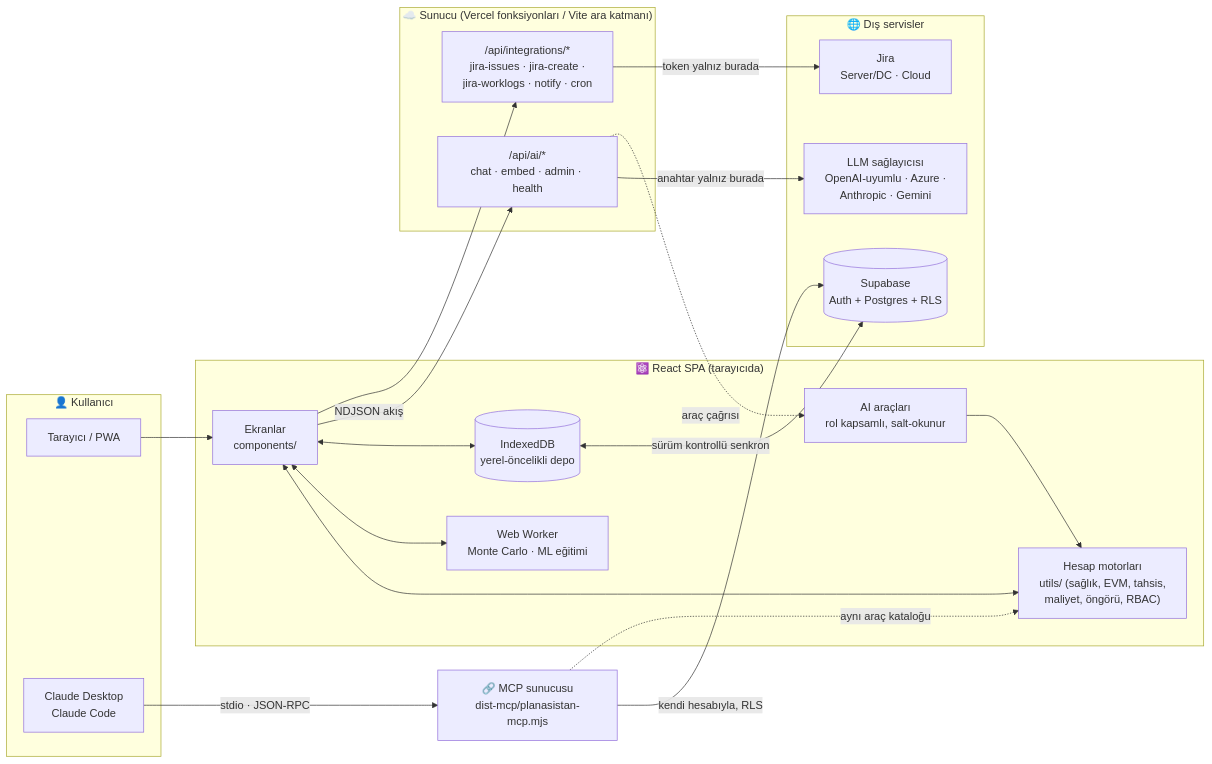
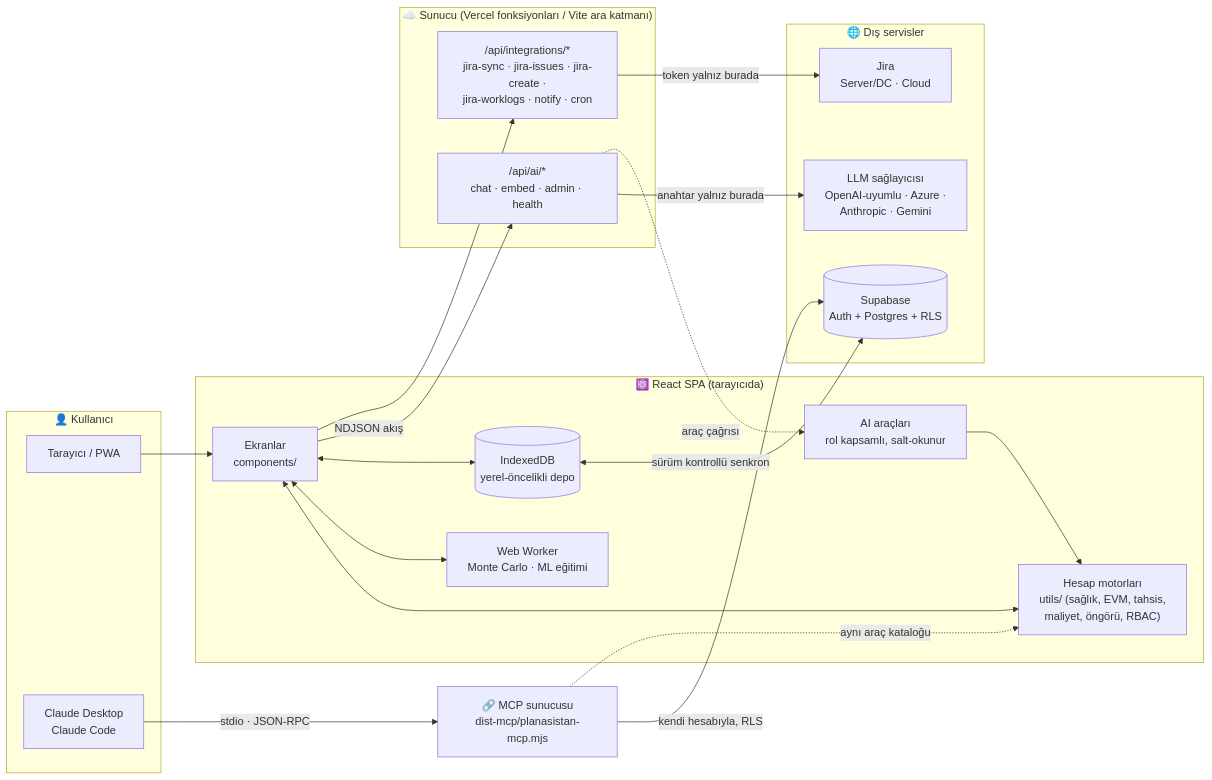
Before and after one commit to kaannsckin/pmasistance_mks: the third of 13 diagrams in README.md, drawn with Mermaid. The commit also changed other lines of this file and 15 other files, not shown here.

````diff
--- a/README.md
+++ b/README.md
@@ -151,43 +151,43 @@
 ```mermaid
 flowchart LR
     subgraph USER["👤 Kullanıcı"]
         BR["Tarayıcı / PWA"]
         CL["Claude Desktop<br/>Claude Code"]
     end
 
     subgraph SPA["⚛️ React SPA (tarayıcıda)"]
         UI["Ekranlar<br/>components/"]
         ENG["Hesap motorları<br/>utils/ (sağlık, EVM, tahsis,<br/>maliyet, öngörü, RBAC)"]
         WK["Web Worker<br/>Monte Carlo · ML eğitimi"]
         IDB[("IndexedDB<br/>yerel-öncelikli depo")]
         TOOLS["AI araçları<br/>rol kapsamlı, salt-okunur"]
     end
 
     subgraph EDGE["☁️ Sunucu (Vercel fonksiyonları / Vite ara katmanı)"]
         AIP["/api/ai/*<br/>chat · embed · admin · health"]
-        INT["/api/integrations/*<br/>jira-issues · jira-create ·<br/>jira-worklogs · notify · cron"]
+        INT["/api/integrations/*<br/>jira-sync · jira-issues · jira-create ·<br/>jira-worklogs · notify · cron"]
     end
 
     subgraph EXT["🌐 Dış servisler"]
         LLM["LLM sağlayıcısı<br/>OpenAI-uyumlu · Azure ·<br/>Anthropic · Gemini"]
         JIRA["Jira<br/>Server/DC · Cloud"]
         SB[("Supabase<br/>Auth + Postgres + RLS")]
     end
 
     MCP["🔗 MCP sunucusu<br/>dist-mcp/planasistan-mcp.mjs"]
 
     BR --> UI
     UI <--> ENG
     UI <--> WK
     UI <--> IDB
     UI -- "NDJSON akış" --> AIP
     AIP -- "anahtar yalnız burada" --> LLM
     AIP -. "araç çağrısı" .-> TOOLS
     TOOLS --> ENG
     UI --> INT
     INT -- "token yalnız burada" --> JIRA
     IDB <-- "sürüm kontrollü senkron" --> SB
     CL -- "stdio · JSON-RPC" --> MCP
     MCP -- "kendi hesabıyla, RLS" --> SB
     MCP -. "aynı araç kataloğu" .-> ENG
 ```
````
